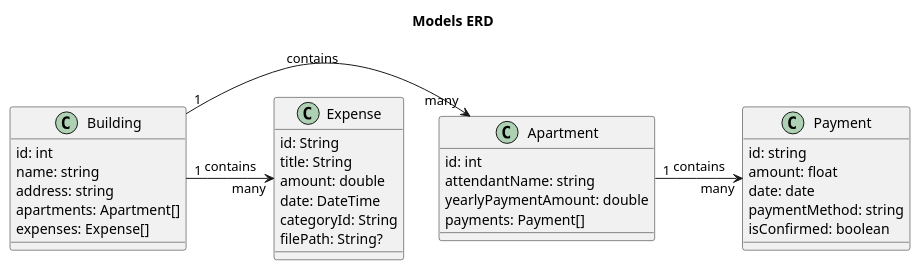
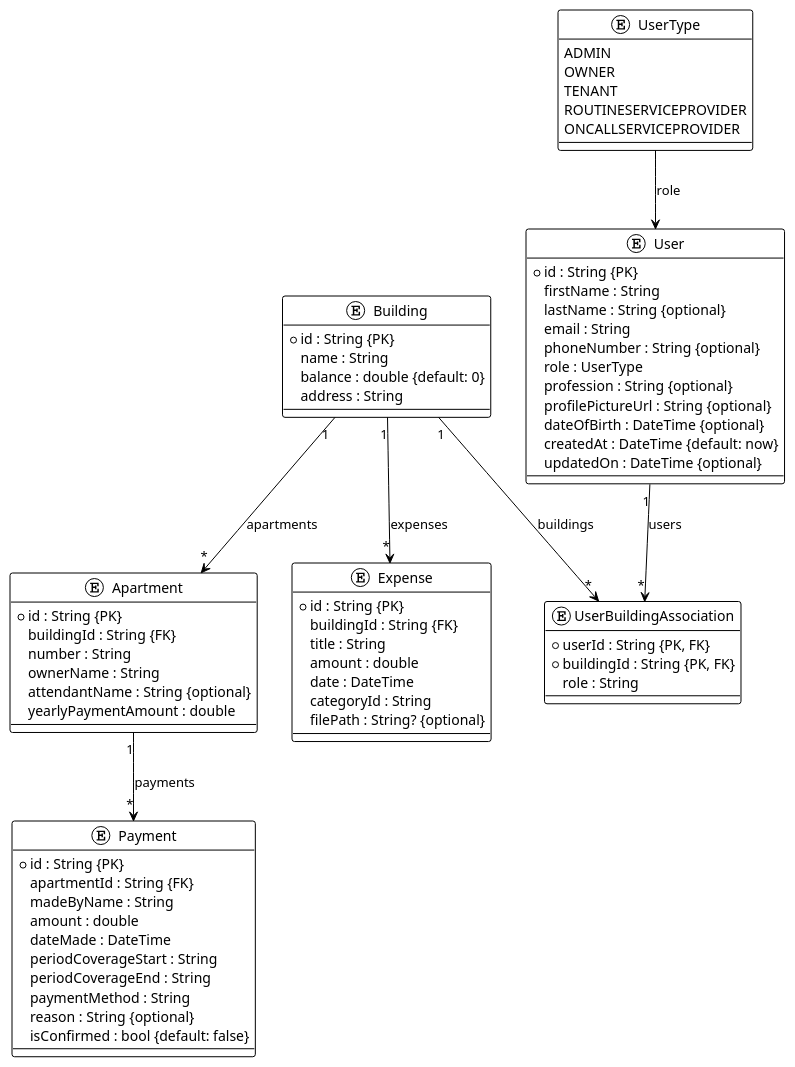
The diagram in doc/ERD.wsd (eDeveloperOZ/zion_link), drawn with PlantUML before and after one commit. The commit also changed 119 other files, not shown here.

```diff
--- a/doc/ERD.wsd
+++ b/doc/ERD.wsd
@@ -1,38 +1,78 @@
-@startuml Models_ERD
+@startuml
+!theme plain
 
-title Models ERD
-
-class Building {
-    id: int
-    name: string
-    address: string
-    apartments: Apartment[]
-    expenses: Expense[]
-}
-class Apartment {
-    id: int
-    attendantName: string
-    yearlyPaymentAmount: double
-    payments: Payment[]
-}
-class Expense {
-    id: String
-    title: String
-    amount: double
-    date: DateTime
-    categoryId: String
-    filePath: String?
-}
-class Payment {
-    id: string
-    amount: float
-    date: date
-    paymentMethod: string
-    isConfirmed: boolean
+entity "User" as User {
+  +id : String {PK}
+  firstName : String
+  lastName : String {optional}
+  email : String
+  phoneNumber : String {optional}
+  role : UserType
+  profession : String {optional}
+  profilePictureUrl : String {optional}
+  dateOfBirth : DateTime {optional}
+  createdAt : DateTime {default: now}
+  updatedOn : DateTime {optional}
 }
 
-Building->Apartment: "1" contains "many"
-Apartment->Payment: "1" contains "many"
-Building->Expense: "1" contains "many"
+entity "Building" as Building {
+  +id : String {PK}
+  name : String
+  balance : double {default: 0}
+  address : String
+}
+
+entity "UserBuildingAssociation" as UserBuildingAssociation {
+  +userId : String {PK, FK}
+  +buildingId : String {PK, FK}
+  role : String
+}
+
+entity "Apartment" as Apartment {
+  +id : String {PK}
+  buildingId : String {FK}
+  number : String
+  ownerName : String
+  attendantName : String {optional}
+  yearlyPaymentAmount : double
+}
+
+entity "Expense" as Expense {
+  +id : String {PK}
+  buildingId : String {FK}
+  title : String
+  amount : double
+  date : DateTime
+  categoryId : String
+  filePath : String? {optional}
+}
+
+entity "Payment" as Payment {
+  +id : String {PK}
+  apartmentId : String {FK}
+  madeByName : String
+  amount : double
+  dateMade : DateTime
+  periodCoverageStart : String
+  periodCoverageEnd : String
+  paymentMethod : String
+  reason : String {optional}
+  isConfirmed : bool {default: false}
+}
+
+enum UserType {
+  ADMIN
+  OWNER
+  TENANT
+  ROUTINESERVICEPROVIDER
+  ONCALLSERVICEPROVIDER
+}
+
+UserType --> User : role
+User "1" --> "*" UserBuildingAssociation : users
+Building "1" --> "*" UserBuildingAssociation : buildings
+Building "1" --> "*" Apartment : apartments
+Apartment "1" --> "*" Payment : payments
+Building "1" --> "*" Expense : expenses
 
 @enduml
```
